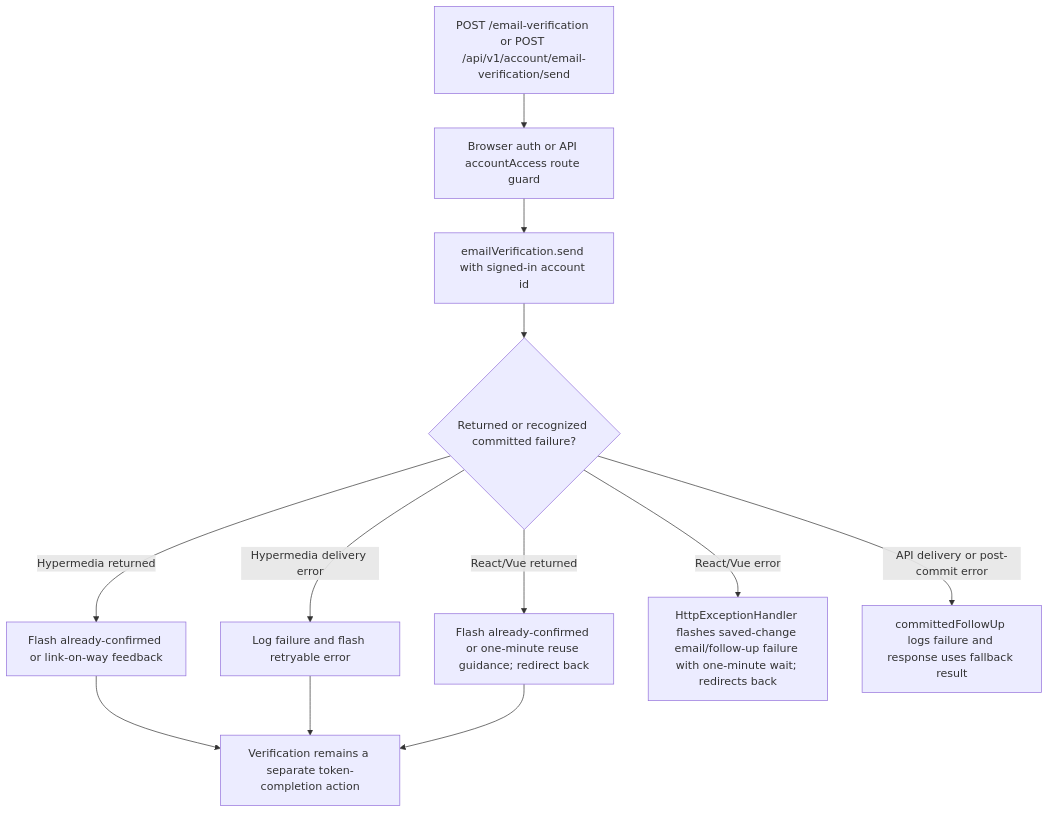
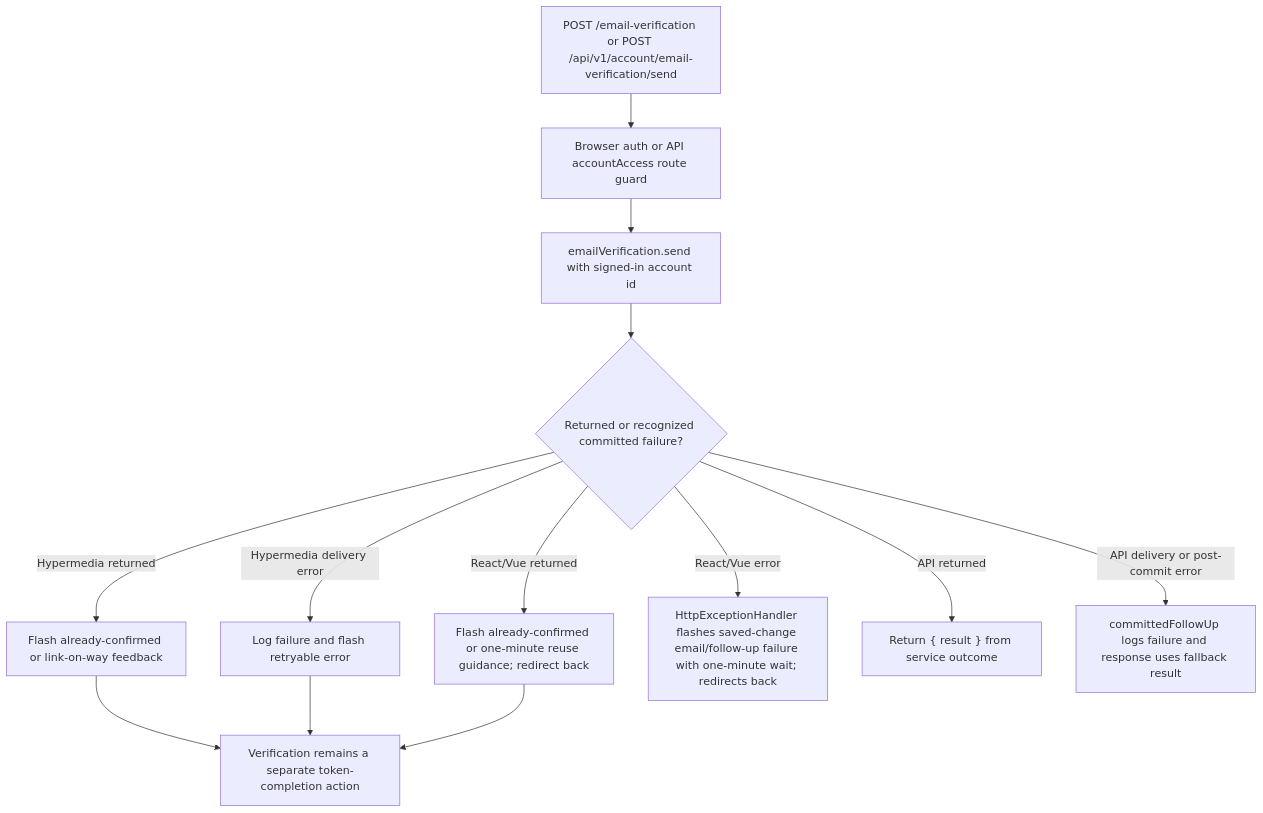
One commit to Kevinjohn/oss-adonisjs-starter-examples changed the second of 2 diagrams in user-stories/accounts/us-account-10-send-email-verification.md. Above: the diagram before and after it, drawn with Mermaid.

Commit message:
docs: retain ordinary API verification response

````diff
--- a/user-stories/accounts/us-account-10-send-email-verification.md
+++ b/user-stories/accounts/us-account-10-send-email-verification.md
@@ -40,14 +40,15 @@
 ```mermaid
 flowchart TD
     A["POST /email-verification or POST /api/v1/account/email-verification/send"] --> B["Browser auth or API accountAccess route guard"]
     B --> C["emailVerification.send with signed-in account id"]
     C --> D{"Returned or recognized committed failure?"}
     D -->|Hypermedia returned| E["Flash already-confirmed or link-on-way feedback"]
     D -->|Hypermedia delivery error| F["Log failure and flash retryable error"]
     D -->|React/Vue returned| G["Flash already-confirmed or one-minute reuse guidance; redirect back"]
     D -->|React/Vue error| H["HttpExceptionHandler flashes saved-change email/follow-up failure with one-minute wait; redirects back"]
+    D -->|API returned| K["Return { result } from service outcome"]
     D -->|API delivery or post-commit error| I["committedFollowUp logs failure and response uses fallback result"]
     E --> J["Verification remains a separate token-completion action"]
     F --> J
     G --> J
 ```
````
